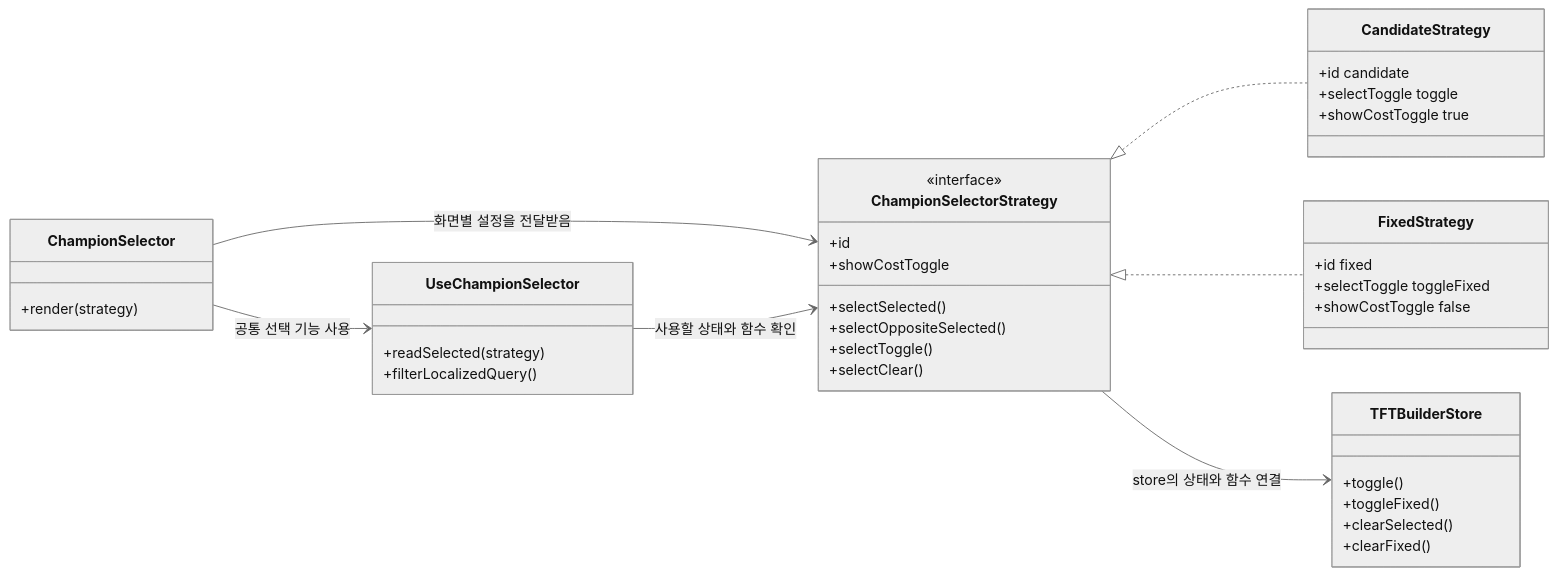
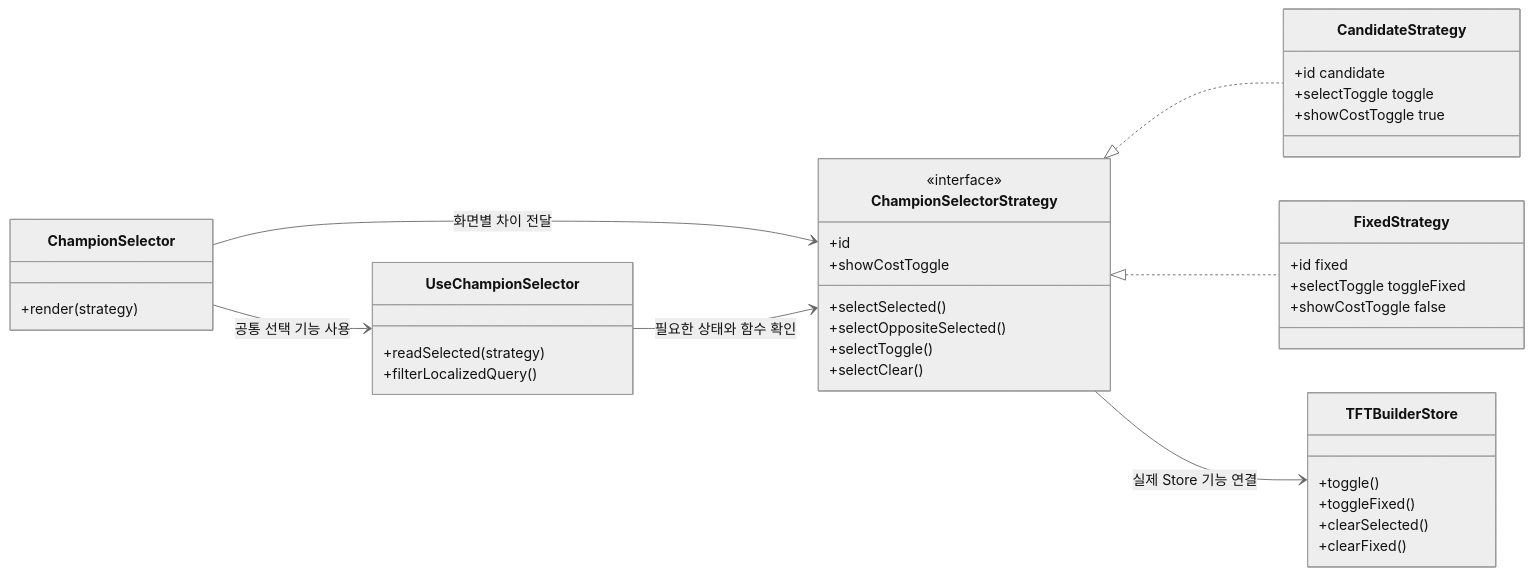
One commit to kimdol/my-tft-app changed the fourth of 6 diagrams in vite-project/src/features/README.md. Above: the diagram before and after it, drawn with Mermaid (neutral theme). The commit also changed other lines of this file, not shown here.

Commit message:
Fix README algorithm, state management, and data flow descriptions

````diff
--- a/vite-project/src/features/README.md
+++ b/vite-project/src/features/README.md
@@ -176,43 +474,51 @@
 ```mermaid
 classDiagram
     direction LR
+
     class ChampionSelectorStrategy {
         <<interface>>
         +id
         +selectSelected()
         +selectOppositeSelected()
         +selectToggle()
         +selectClear()
         +showCostToggle
     }
+
     class CandidateStrategy {
         +id candidate
         +selectToggle toggle
         +showCostToggle true
     }
+
     class FixedStrategy {
         +id fixed
         +selectToggle toggleFixed
         +showCostToggle false
     }
+
     class ChampionSelector {
         +render(strategy)
     }
+
     class UseChampionSelector {
         +readSelected(strategy)
         +filterLocalizedQuery()
     }
+
     class TFTBuilderStore {
         +toggle()
         +toggleFixed()
         +clearSelected()
         +clearFixed()
     }
 
     ChampionSelectorStrategy <|.. CandidateStrategy
     ChampionSelectorStrategy <|.. FixedStrategy
-    ChampionSelector --> ChampionSelectorStrategy : 화면별 설정을 전달받음
+
+    ChampionSelector --> ChampionSelectorStrategy : 화면별 차이 전달
     ChampionSelector --> UseChampionSelector : 공통 선택 기능 사용
-    UseChampionSelector --> ChampionSelectorStrategy : 사용할 상태와 함수 확인
-    ChampionSelectorStrategy --> TFTBuilderStore : store의 상태와 함수 연결
+
+    UseChampionSelector --> ChampionSelectorStrategy : 필요한 상태와 함수 확인
+    ChampionSelectorStrategy --> TFTBuilderStore : 실제 Store 기능 연결
 ```
````
